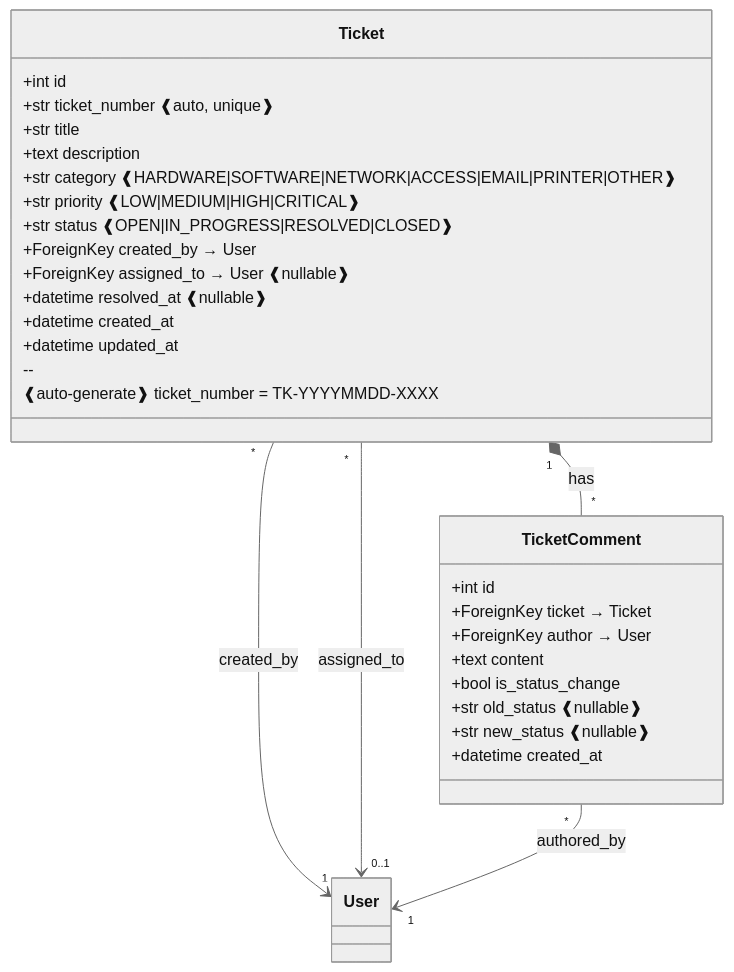
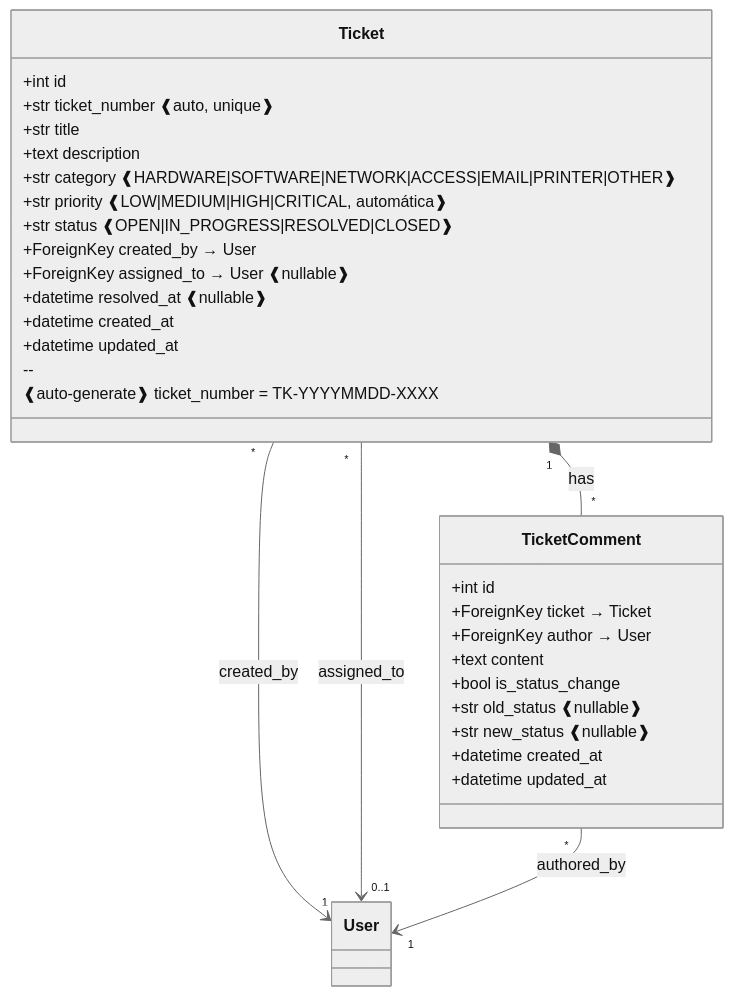
One commit to pccpegit/SYSPCCLOG changed the fifth of 9 diagrams in docs/04_Diagrama_de_Clases.md. Above: the diagram before and after it, drawn with Mermaid (neutral theme). The commit also changed other lines of this file and 42 other files, not shown here.

````diff
--- a/docs/04_Diagrama_de_Clases.md
+++ b/docs/04_Diagrama_de_Clases.md
@@ -596,37 +748,38 @@
 ```mermaid
 classDiagram
     direction TB
 
     class Ticket {
         +int id
         +str ticket_number ❰auto, unique❱
         +str title
         +text description
         +str category ❰HARDWARE|SOFTWARE|NETWORK|ACCESS|EMAIL|PRINTER|OTHER❱
-        +str priority ❰LOW|MEDIUM|HIGH|CRITICAL❱
+        +str priority ❰LOW|MEDIUM|HIGH|CRITICAL, automática❱
         +str status ❰OPEN|IN_PROGRESS|RESOLVED|CLOSED❱
         +ForeignKey created_by → User
         +ForeignKey assigned_to → User ❰nullable❱
         +datetime resolved_at ❰nullable❱
         +datetime created_at
         +datetime updated_at
         --
         ❰auto-generate❱ ticket_number = TK-YYYYMMDD-XXXX
     }
 
     class TicketComment {
         +int id
         +ForeignKey ticket → Ticket
         +ForeignKey author → User
         +text content
         +bool is_status_change
         +str old_status ❰nullable❱
         +str new_status ❰nullable❱
         +datetime created_at
+        +datetime updated_at
     }
 
     Ticket "1" *-- "*" TicketComment : has
     Ticket "*" --> "1" User : created_by
     Ticket "*" --> "0..1" User : assigned_to
     TicketComment "*" --> "1" User : authored_by
 ```
````
